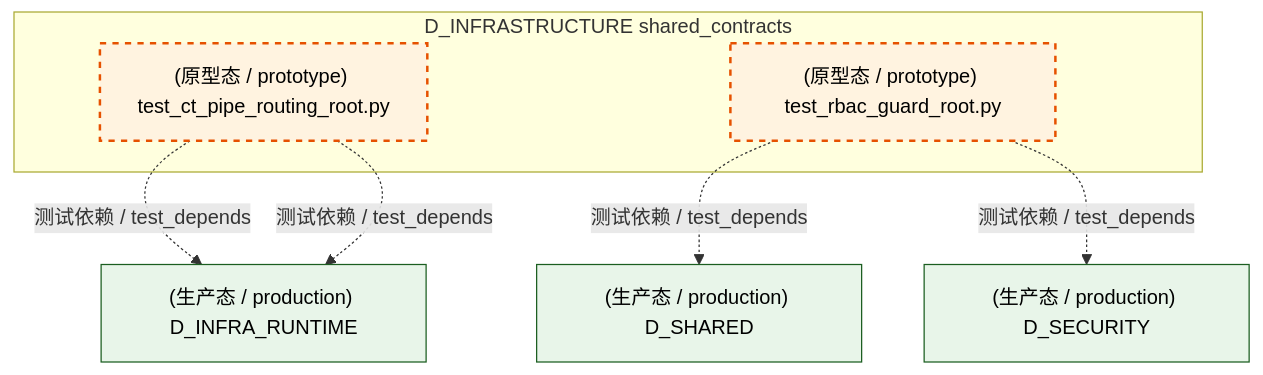
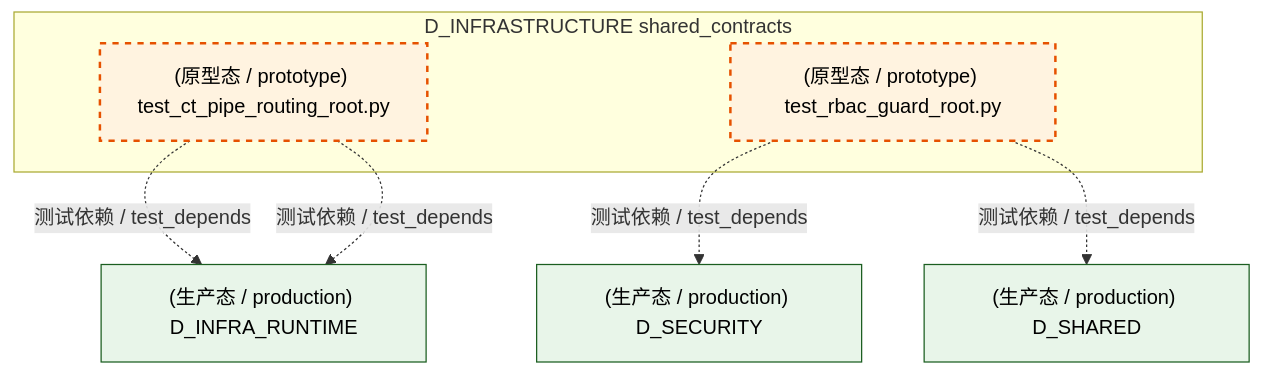
The third of 6 diagrams in docs/02_enterprise_architecture/02_domain_architecture_docs/62_d_infrastructure.md (xuanFelixVan/ZephyrAlpha), drawn with Mermaid before and after one commit. The commit also changed other lines of this file and 126 other files, not shown here.

````diff
--- a/docs/02_enterprise_architecture/02_domain_architecture_docs/62_d_infrastructure.md
+++ b/docs/02_enterprise_architecture/02_domain_architecture_docs/62_d_infrastructure.md
@@ -320,20 +319,20 @@
 ```mermaid
 graph TD
     subgraph D_INFRASTRUCTURE["D_INFRASTRUCTURE shared_contracts"]
         tests_contracts_test_ct_pipe_routing_root_py["(原型态 / prototype) test_ct_pipe_routing_root.py"]
         tests_contracts_test_rbac_guard_root_py["(原型态 / prototype) test_rbac_guard_root.py"]
     end
     D_INFRA_RUNTIME["(生产态 / production) D_INFRA_RUNTIME"]
     tests_contracts_test_ct_pipe_routing_root_py -.->|测试依赖 / test_depends| D_INFRA_RUNTIME
     tests_contracts_test_ct_pipe_routing_root_py -.->|测试依赖 / test_depends| D_INFRA_RUNTIME
+    D_SECURITY["(生产态 / production) D_SECURITY"]
+    tests_contracts_test_rbac_guard_root_py -.->|测试依赖 / test_depends| D_SECURITY
     D_SHARED["(生产态 / production) D_SHARED"]
     tests_contracts_test_rbac_guard_root_py -.->|测试依赖 / test_depends| D_SHARED
-    D_SECURITY["(生产态 / production) D_SECURITY"]
-    tests_contracts_test_rbac_guard_root_py -.->|测试依赖 / test_depends| D_SECURITY
     classDef production fill:#e1f5fe,stroke:#01579b,stroke-width:2px,color:#000
     classDef design fill:#fff3e0,stroke:#e65100,stroke-width:2px,color:#000,stroke-dasharray: 5 5
     classDef external_prod fill:#e8f5e9,stroke:#1b5e20,stroke-width:1px,color:#000
     classDef external_design fill:#fce4ec,stroke:#880e4f,stroke-width:1px,color:#000,stroke-dasharray: 5 5
     class tests_contracts_test_ct_pipe_routing_root_py,tests_contracts_test_rbac_guard_root_py design
-    class D_INFRA_RUNTIME,D_SHARED,D_SECURITY external_prod
+    class D_INFRA_RUNTIME,D_SECURITY,D_SHARED external_prod
 ```
````
